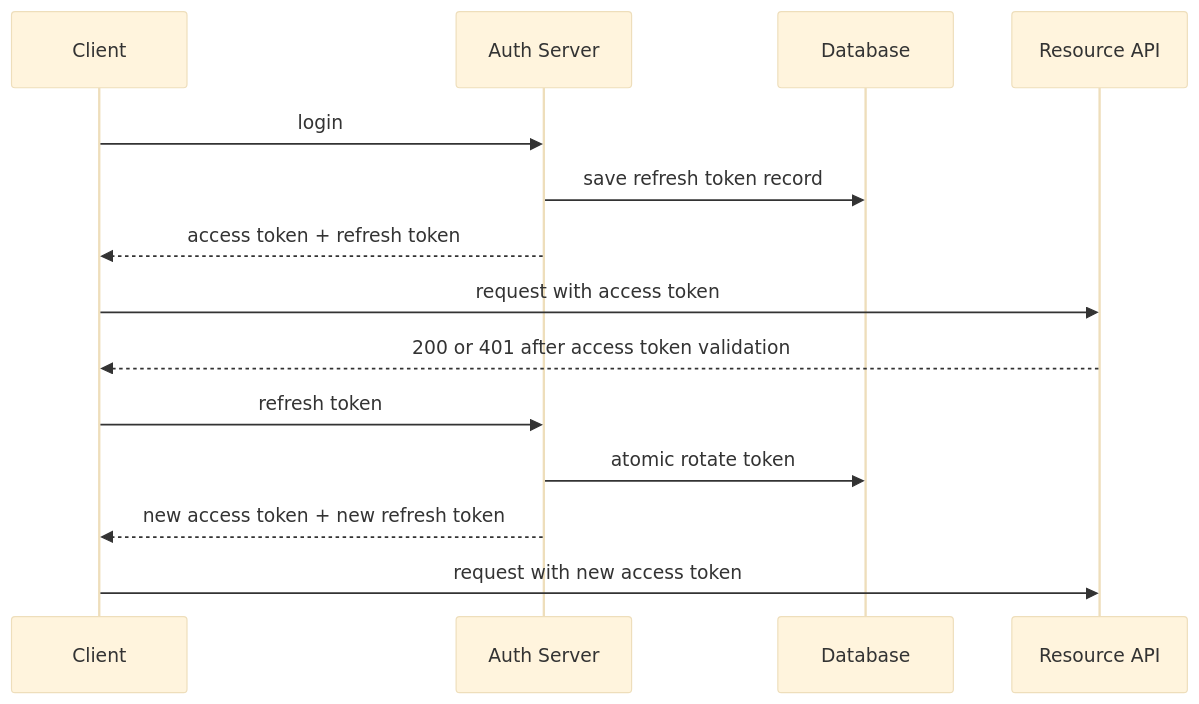
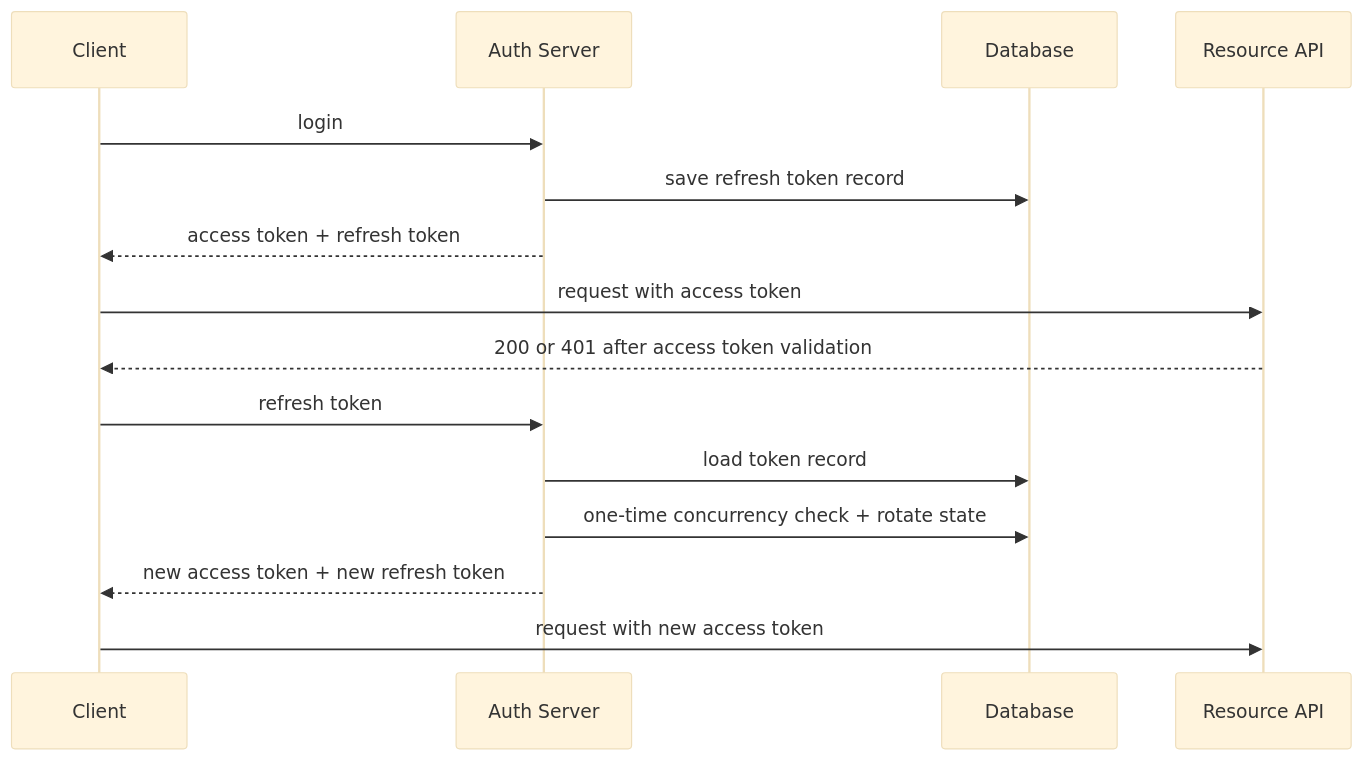
The diagram in 03_ASPNET_Core_Authentication_Authorization/08_Refresh_Token_Lifecycle.md (EugenTovarchi/Backend-Engineer-Handbook), drawn with Mermaid (base theme) before and after one commit. The commit also changed other lines of this file and 6 other files, not shown here.

````diff
--- a/03_ASPNET_Core_Authentication_Authorization/08_Refresh_Token_Lifecycle.md
+++ b/03_ASPNET_Core_Authentication_Authorization/08_Refresh_Token_Lifecycle.md
@@ -320,17 +348,18 @@
 ```mermaid
 sequenceDiagram
     participant Client as Client
     participant Auth as Auth Server
     participant DB as Database
     participant API as Resource API
 
     Client->>Auth: login
     Auth->>DB: save refresh token record
     Auth-->>Client: access token + refresh token
     Client->>API: request with access token
     API-->>Client: 200 or 401 after access token validation
     Client->>Auth: refresh token
-    Auth->>DB: atomic rotate token
+    Auth->>DB: load token record
+    Auth->>DB: one-time concurrency check + rotate state
     Auth-->>Client: new access token + new refresh token
     Client->>API: request with new access token
 ```
````
